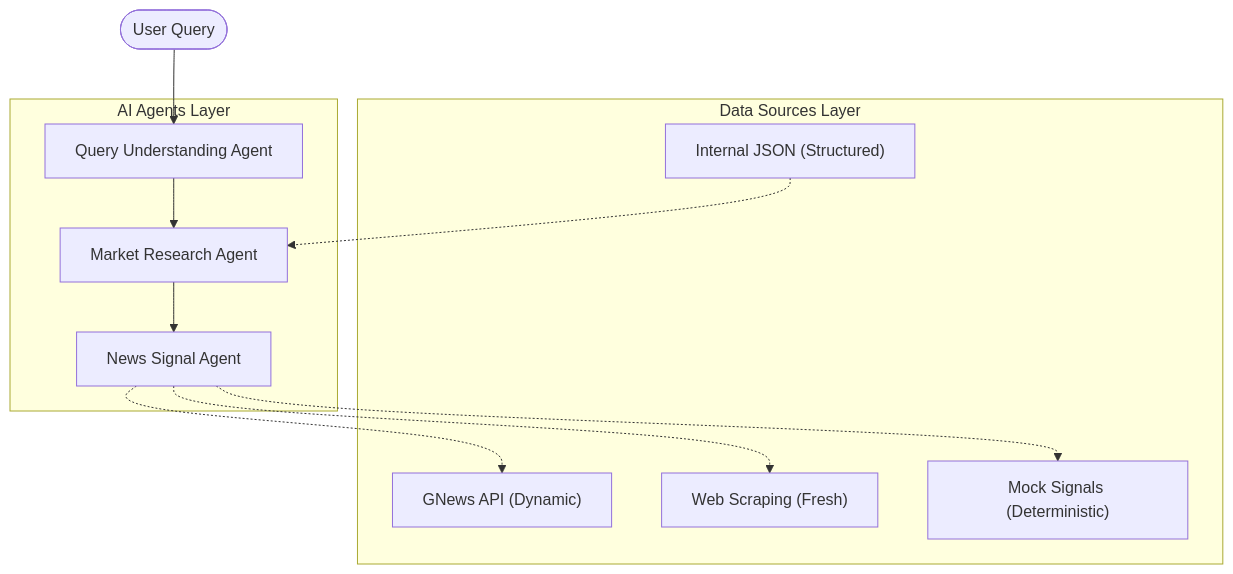
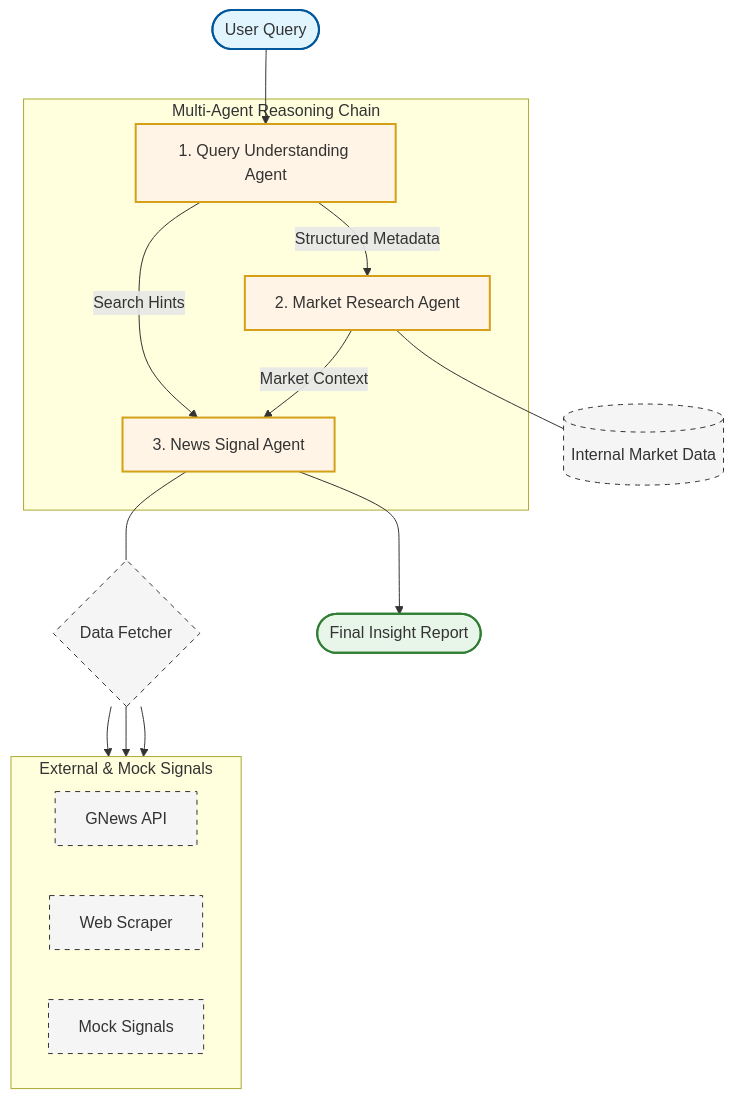
The first of 2 diagrams in DATA_SOURCES.md (SAHUTHUB/AI-Multi-Agent-Market-Exploration-System), drawn with Mermaid before and after one commit.

````diff
--- a/DATA_SOURCES.md
+++ b/DATA_SOURCES.md
@@ -21,23 +21,45 @@
 ```mermaid
 graph TD
-    subgraph DataSources [Data Sources Layer]
-        JSON["Internal JSON (Structured)"]
-        GNews["GNews API (Dynamic)"]
-        Scrape["Web Scraping (Fresh)"]
-        Mock["Mock Signals (Deterministic)"]
+    %% Define Styles
+    classDef user fill:#e1f5fe,stroke:#01579b,stroke-width:2px
+    classDef agent fill:#fff4e5,stroke:#d4a017,stroke-width:2px
+    classDef tool fill:#f5f5f5,stroke:#333,stroke-dasharray: 5 5
+    classDef result fill:#e8f5e9,stroke:#2e7d32,stroke-width:2px
+
+    %% Flow
+    Input([User Query]) --> QUA
+
+    subgraph Agents [Multi-Agent Reasoning Chain]
+        QUA[1. Query Understanding Agent]
+        MRA[2. Market Research Agent]
+        NSA[3. News Signal Agent]
+        
+        %% Sequence & Context Passing
+        QUA -->|Structured Metadata| MRA
+        MRA -->|Market Context| NSA
+        QUA -->|Search Hints| NSA
     end
 
-    subgraph Agents [AI Agents Layer]
-        QUA[Query Understanding Agent]
-        MRA[Market Research Agent]
-        NSA[News Signal Agent]
+    %% Tools Interaction
+    MRA --- Tool1[(Internal Market Data)]
+    
+    NSA --- Tool2{Data Fetcher}
+    subgraph ExternalSources [External & Mock Signals]
+        direction LR
+        S1[GNews API]
+        S2[Web Scraper]
+        S3[Mock Signals]
     end
+    Tool2 --> S1
+    Tool2 --> S2
+    Tool2 --> S3
 
-    User([User Query]) --> QUA
-    QUA --> MRA
-    MRA --> NSA
-    NSA -.-> GNews
-    NSA -.-> Scrape
-    NSA -.-> Mock
-    JSON -.-> MRA
+    %% Final Output
+    NSA --> Output([Final Insight Report])
+
+    %% Assign Classes
+    class Input user
+    class QUA,MRA,NSA agent
+    class Tool1,Tool2,S1,S2,S3 tool
+    class Output result
 ```
````
